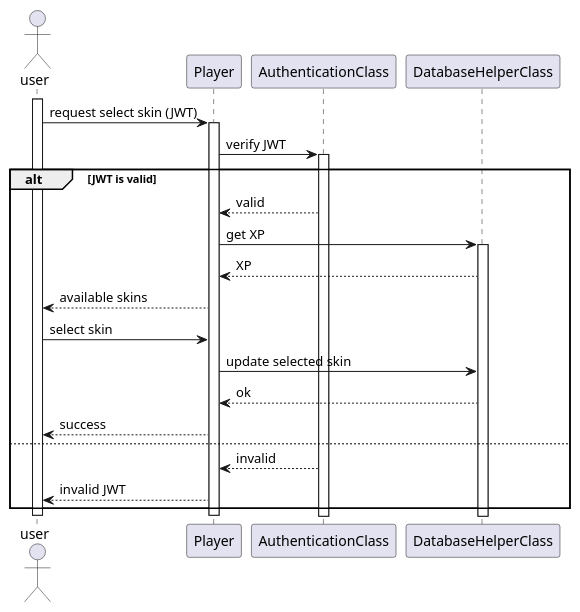
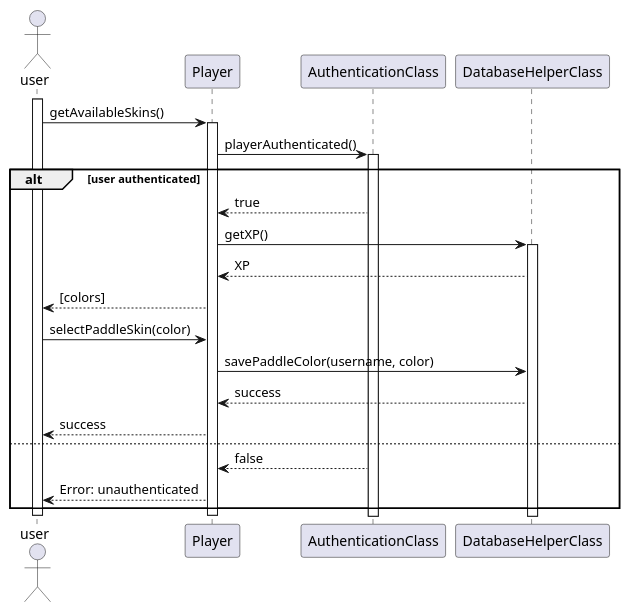
The diagram in doc/sequencediagrams/fr28.puml (PolyPong/PolyPong), drawn with PlantUML before and after one commit.

Commit message:
final fr28 hopefully

```diff
--- a/doc/sequencediagrams/fr28.puml
+++ b/doc/sequencediagrams/fr28.puml
@@ -1,32 +1,32 @@
 @startuml
 actor user
 
 participant Player as U
 participant AuthenticationClass as A
 participant DatabaseHelperClass as db
 
 
 activate user
-        user -> U: request select skin (JWT)
+        user -> U: getAvailableSkins()
         activate U
-                U -> A: verify JWT
+                U -> A: playerAuthenticated()
                 activate A
-                        alt JWT is valid
-                                A --> U: valid
-                                U -> db: get XP
+                        alt user authenticated
+                                A --> U: true
+                                U -> db: getXP()
                                 activate db
                                 db --> U: XP
-                                        U --> user: available skins
-                                        user -> U: select skin
-                                        U -> db: update selected skin
-                                        db --> U: ok
+                                        U --> user: [colors]
+                                        user -> U: selectPaddleSkin(color)
+                                        U -> db: savePaddleColor(username, color)
+                                        db --> U: success
                                         U --> user: success
                                 else
-                                        A --> U: invalid
-                                        U --> user: invalid JWT
+                                        A --> U: false
+                                        U --> user: Error: unauthenticated
                                 end
                                 
         deactivate U
         
 deactivate user
 @enduml
```
